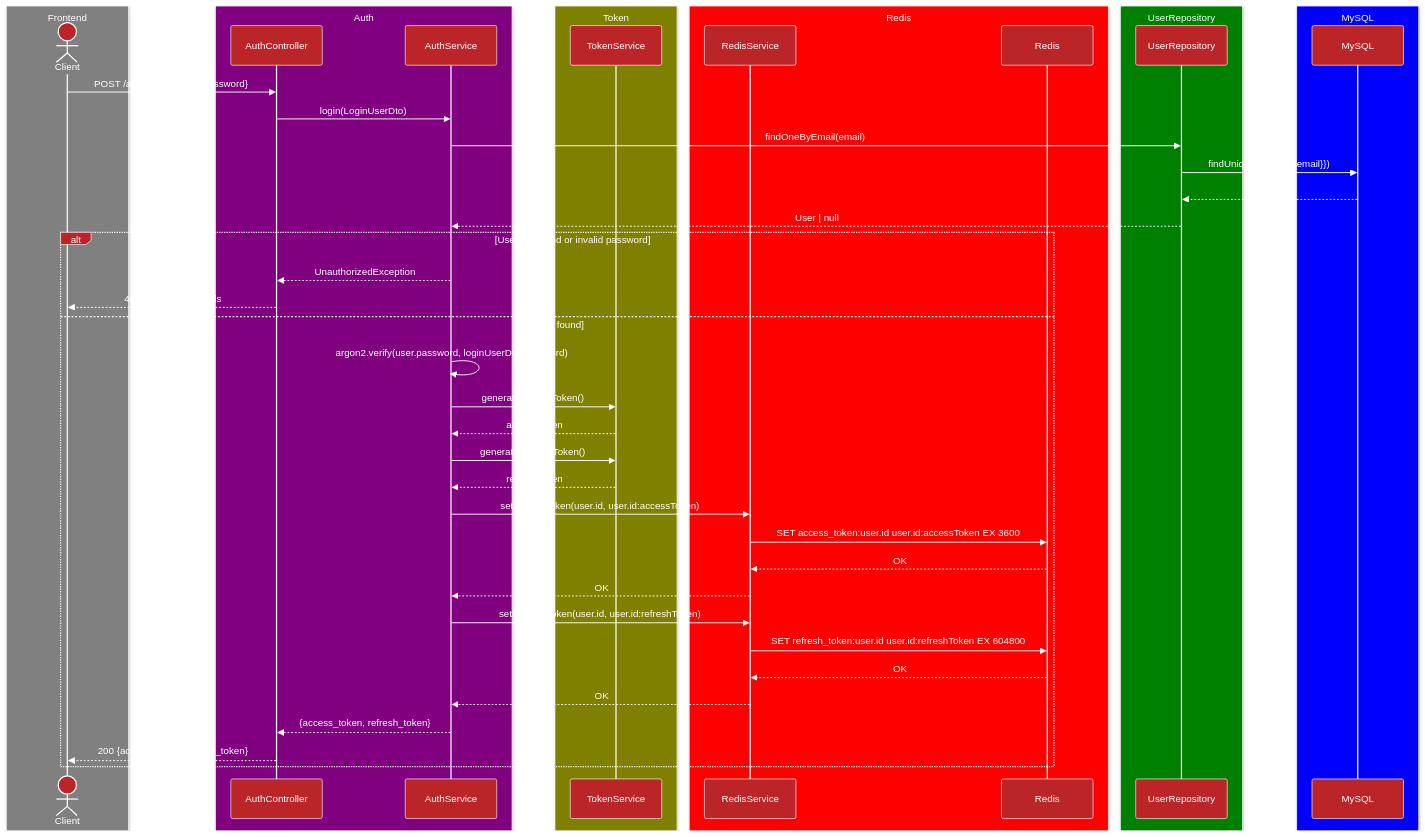
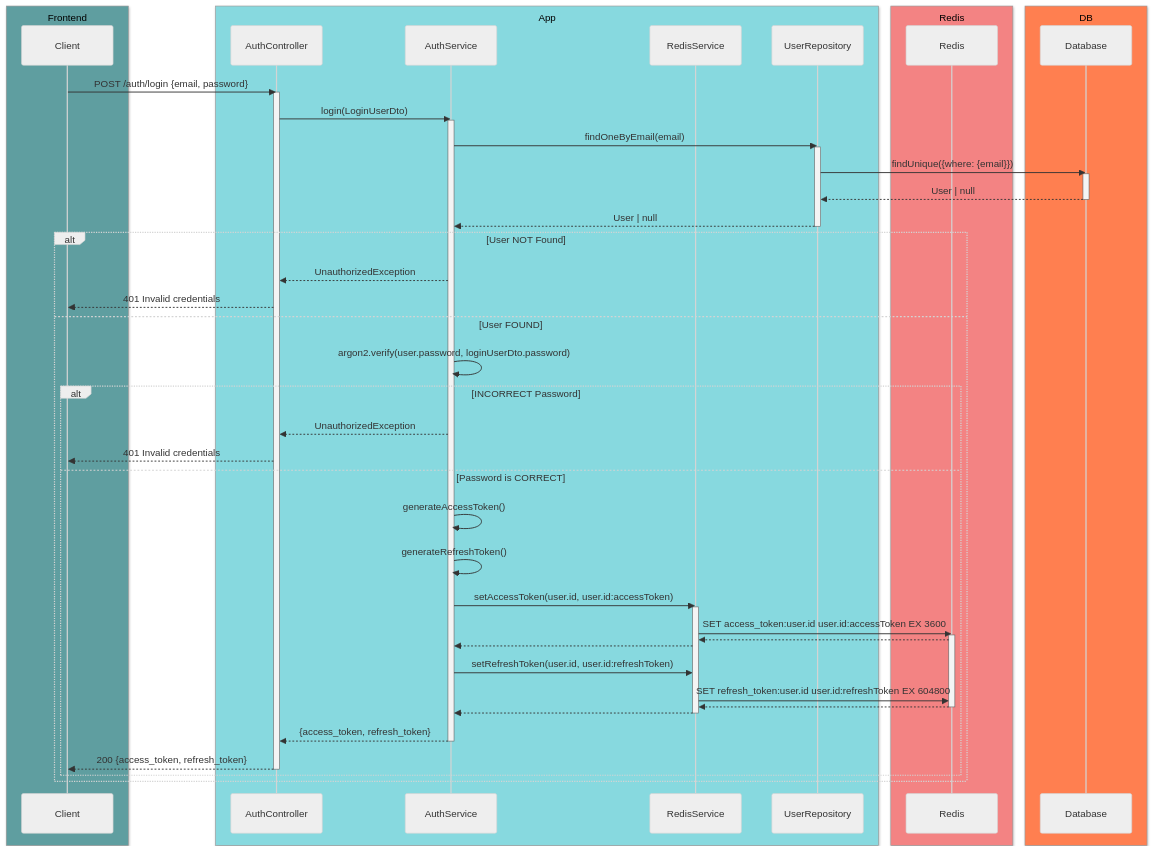
The diagram in docs/auth/login.md (hamidehalaee/nestjs_ddd_skeleton), drawn with Mermaid before and after one commit.

Commit message:
Refactor login flow diagram in documentation
Updated the mermaid diagram for the login flow to reflect changes in theme and participant structure.

````diff
--- a/docs/auth/login.md
+++ b/docs/auth/login.md
@@ -1,68 +1,77 @@
 ```mermaid
 ---
 config:
-  theme: 'base'
+  theme: 'neutral'
   themeVariables:
-    primaryColor: '#BB2528'
-    primaryTextColor: '#fff'
-    primaryBorderColor: '#fff'
+    primaryColor: '#4f96e7ff'
+    primaryBorderColor: 'rgba(153, 188, 241, 1)'
     lineColor: '#F8B229'
     secondaryColor: '#006100'
-    tertiaryColor: '#fff'
+    tertiaryColor: '#ffffff60'
 ---
 sequenceDiagram
-  box Gray Frontend
-  actor Client
+  box cadetblue Frontend
+    participant Client
   end
 
-  box Purple Auth
-  participant AuthController
-  participant AuthService
+  box rgba(135, 217, 223, 1) App
+    participant AuthController
+    participant AuthService
+    participant RedisService
+    participant UserRepo as UserRepository
   end
 
-  box Olive Token
-  participant TokenService
+  box rgba(243, 131, 131, 1) Redis
+    participant Redis
   end
 
-  box Red Redis
-  participant RedisService
-  participant Redis
-  end
-
-  box Green UserRepository
-  participant UserRepo as UserRepository
-  end
-
-  box Blue MySQL
-  participant MySQL
+  box coral DB
+    participant DB as Database
   end
 
   %% Login Flow
   Client->>AuthController: POST /auth/login {email, password}
+  activate AuthController
   AuthController->>AuthService: login(LoginUserDto)
+  activate AuthService
   AuthService->>UserRepo: findOneByEmail(email)
-  UserRepo->>MySQL: findUnique({where: {email}})
-  MySQL-->>UserRepo: User | null
+  activate UserRepo
+  UserRepo->>DB: findUnique({where: {email}})
+  activate DB
+  DB-->>UserRepo: User | null
+  deactivate DB
   UserRepo-->>AuthService: User | null
-  alt User not found or invalid password
+  deactivate UserRepo
+  alt User NOT Found
     AuthService-->>AuthController: UnauthorizedException
     AuthController-->>Client: 401 Invalid credentials
-  else User found
+  else User FOUND
     AuthService ->> AuthService: argon2.verify(user.password, loginUserDto.password)
-    AuthService->>TokenService: generateAccessToken()
-    TokenService-->>AuthService: accessToken
-    AuthService->>TokenService: generateRefreshToken()
-    TokenService-->>AuthService: refreshToken
-    AuthService->>RedisService: setAccessToken(user.id, user.id:accessToken)
-    RedisService->>Redis: SET access_token:user.id user.id:accessToken EX 3600
-    Redis-->>RedisService: OK
-    RedisService-->>AuthService: OK
-    AuthService->>RedisService: setRefreshToken(user.id, user.id:refreshToken)
-    RedisService->>Redis: SET refresh_token:user.id user.id:refreshToken EX 604800
-    Redis-->>RedisService: OK
-    RedisService-->>AuthService: OK
-    AuthService-->>AuthController: {access_token, refresh_token}
-    AuthController-->>Client: 200 {access_token, refresh_token}
+    alt INCORRECT Password
+      AuthService-->>AuthController: UnauthorizedException
+      AuthController-->>Client: 401 Invalid credentials
+    else Password is CORRECT
+      AuthService->>AuthService: generateAccessToken()
+      AuthService->>AuthService: generateRefreshToken()
+
+      AuthService->>RedisService: setAccessToken(user.id, user.id:accessToken)
+      activate RedisService
+      RedisService->>Redis: SET access_token:user.id user.id:accessToken EX 3600
+      activate Redis
+      Redis-->>RedisService:
+
+      RedisService-->>AuthService:
+      AuthService->>RedisService: setRefreshToken(user.id, user.id:refreshToken)
+      RedisService->>Redis: SET refresh_token:user.id user.id:refreshToken EX 604800
+      Redis-->>RedisService:
+      deactivate Redis
+      RedisService-->>AuthService:
+      deactivate RedisService
+      AuthService-->>AuthController: {access_token, refresh_token}
+      deactivate AuthService
+      AuthController-->>Client: 200 {access_token, refresh_token}
+      deactivate AuthController
+    end
   end
 
 ```
````
